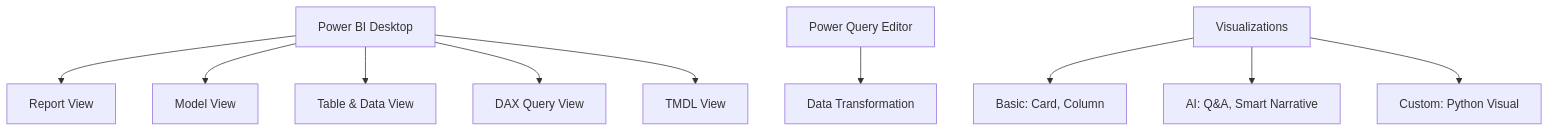
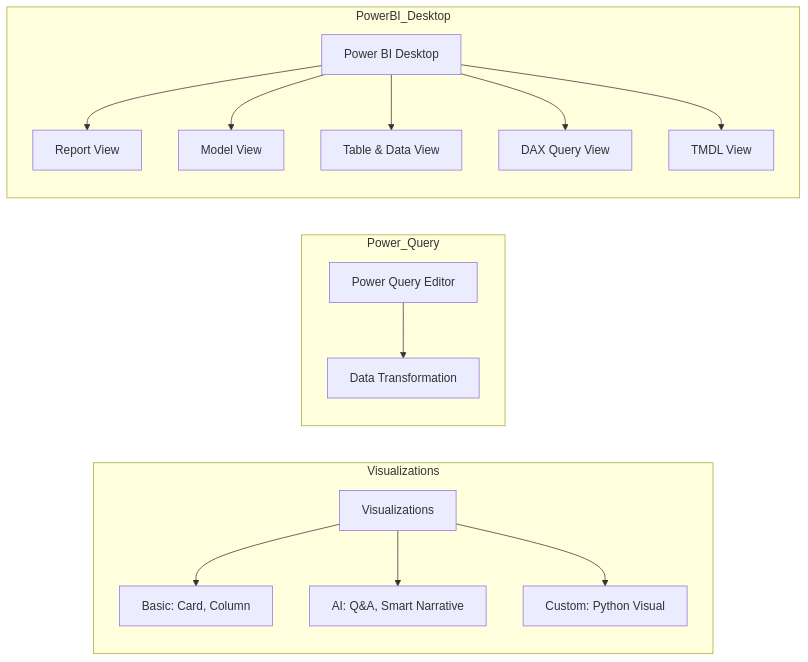
One commit to riyann00b/SDHub-DS changed the third of 6 diagrams in SDHub-DS/00 Notes/06_Machine Learning/My_Notes/01 Data Science Road-map and Recap.md. Above: the diagram before and after it, drawn with Mermaid. The commit also changed other lines of this file, not shown here.

Commit message:
added Data Scieance Roadmap and Recap updated

````diff
--- a/SDHub-DS/00 Notes/06_Machine Learning/My_Notes/01 Data Science Road-map and Recap.md
+++ b/SDHub-DS/00 Notes/06_Machine Learning/My_Notes/01 Data Science Road-map and Recap.md
@@ -148,14 +148,20 @@
 ```mermaid
-graph TB
-    A[Power BI Desktop] --> B[Report View]
-    A --> C[Model View]
-    A --> D[Table & Data View]
-    A --> E[DAX Query View]
-    A --> F[TMDL View]
+graph RL
+    subgraph Visualizations
+        I[Visualizations] --> J[Basic: Card, Column]
+        I --> K[AI: Q&A, Smart Narrative]
+        I --> L[Custom: Python Visual]
+    end
+    subgraph Power_Query
+        G[Power Query Editor] --> H[Data Transformation]
+    end
     
-    G[Power Query Editor] --> H[Data Transformation]
-    
-    I[Visualizations] --> J[Basic: Card, Column]
-    I --> K[AI: Q&A, Smart Narrative]
-    I --> L[Custom: Python Visual]
+    subgraph PowerBI_Desktop
+        A[Power BI Desktop] --> B[Report View]
+        A --> C[Model View]
+        A --> D[Table & Data View]
+        A --> E[DAX Query View]
+        A --> F[TMDL View]
+    end
+
 ```
````
